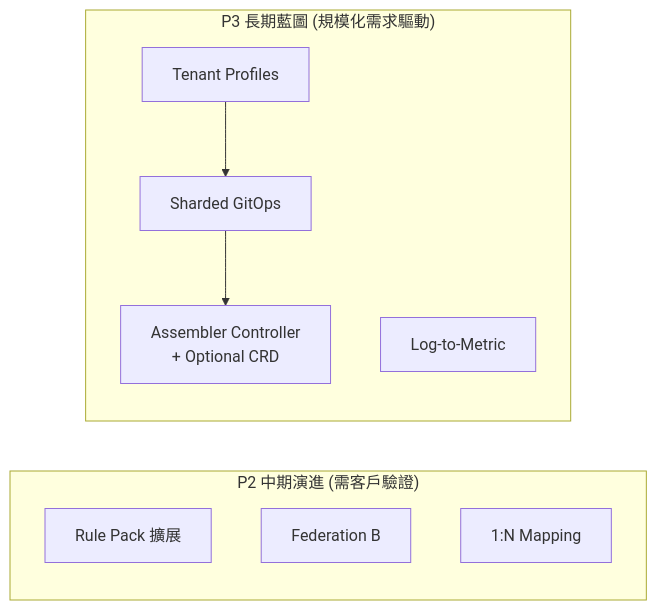
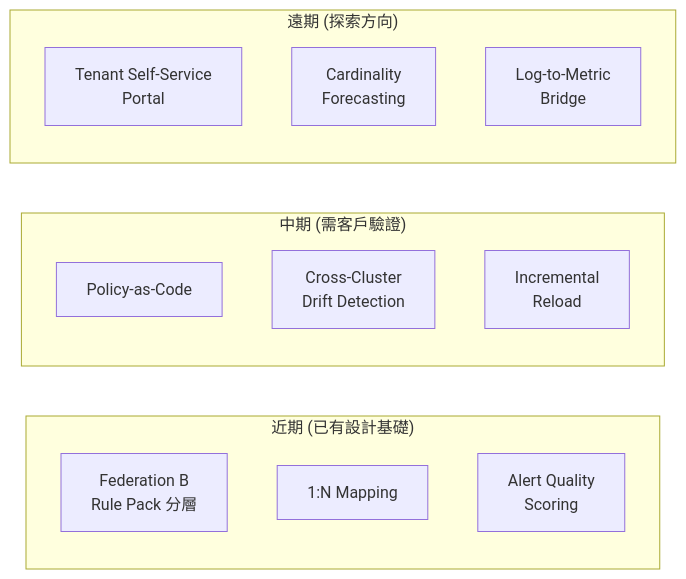
One commit to vencil/Dynamic-Alerting-Integrations changed the third of 3 diagrams in docs/architecture-and-design.md. Above: the diagram before and after it, drawn with Mermaid. The commit also changed other lines of this file and 120 other files, not shown here.

First line of the commit message:
v2.0.0-preview.2: Scalable Config Governance + DX Tooling + Roadmap Rewrite

````diff
--- a/docs/architecture-and-design.md
+++ b/docs/architecture-and-design.md
@@ -810,15 +817,18 @@
 ```mermaid
 graph LR
-    subgraph P2["P2 中期演進 (需客戶驗證)"]
-        RP["Rule Pack 擴展"]
-        FB["Federation B"]
+    subgraph Near["近期 (已有設計基礎)"]
+        FB["Federation B<br/>Rule Pack 分層"]
         NM["1:N Mapping"]
+        QS["Alert Quality<br/>Scoring"]
     end
-    subgraph P3["P3 長期藍圖 (規模化需求驅動)"]
-        TP["Tenant Profiles"]
-        SG["Sharded GitOps"]
-        AC["Assembler Controller<br/>+ Optional CRD"]
-        LM["Log-to-Metric"]
-        TP --> SG --> AC
+    subgraph Mid["中期 (需客戶驗證)"]
+        PS["Policy-as-Code"]
+        CD["Cross-Cluster<br/>Drift Detection"]
+        IR["Incremental<br/>Reload"]
+    end
+    subgraph Far["遠期 (探索方向)"]
+        SP["Tenant Self-Service<br/>Portal"]
+        CF["Cardinality<br/>Forecasting"]
+        LM["Log-to-Metric<br/>Bridge"]
     end
 ```
````
